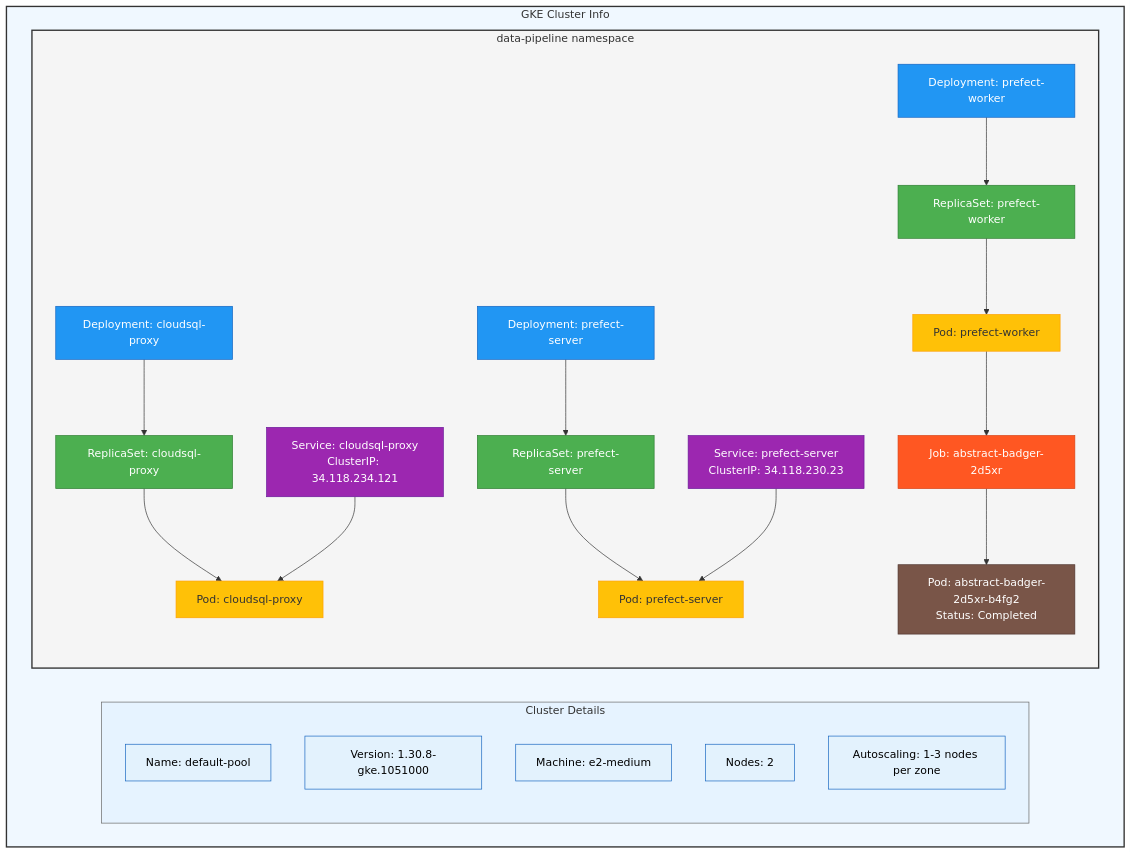
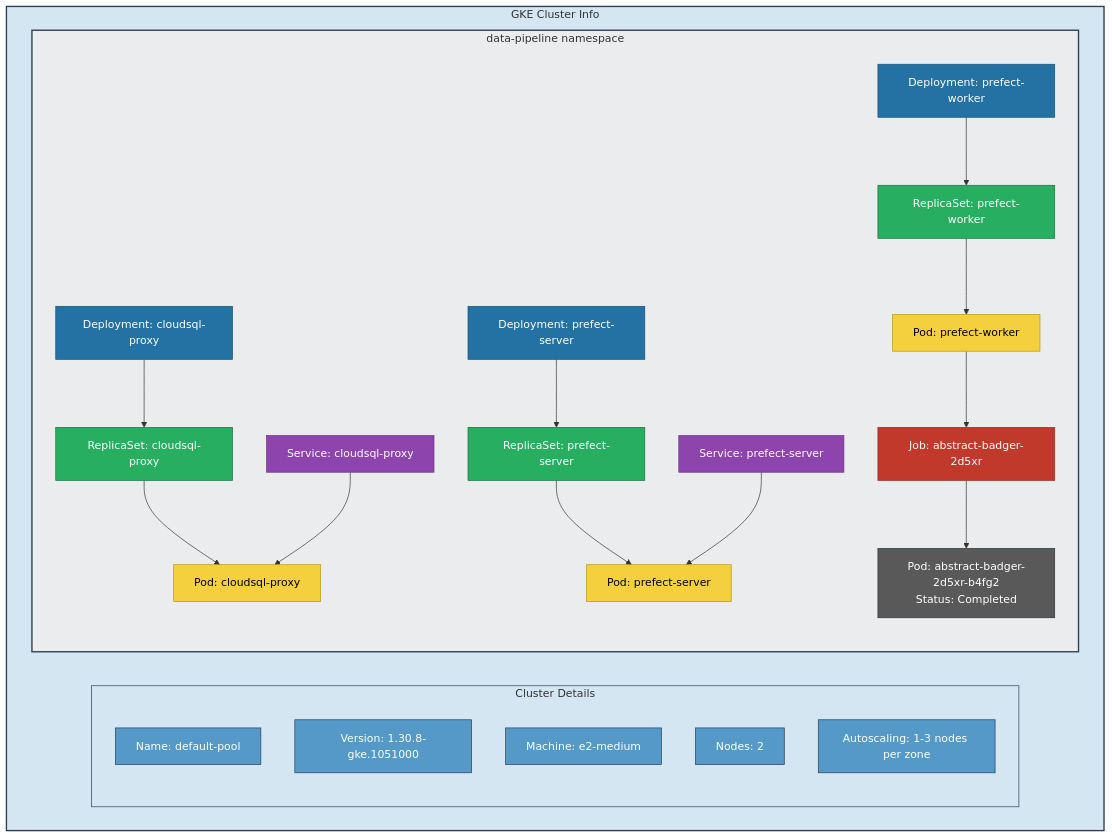
The second of 2 diagrams in pipeline-project/docs/README.md (ero67/Cloud-Computing-Project), drawn with Mermaid before and after one commit.

Commit message:
adjusting colours in diagram

````diff
--- a/pipeline-project/docs/README.md
+++ b/pipeline-project/docs/README.md
@@ -145,44 +145,44 @@
 ```mermaid
 graph TD
-    subgraph GKE-Cluster[GKE Cluster Info]
-        subgraph Cluster-Details[Cluster Details]
-            CN[Name: default-pool]
-            CV[Version: 1.30.8-gke.1051000]
-            CM[Machine: e2-medium]
-            CN2[Nodes: 2]
-            CAS[Autoscaling: 1-3 nodes per zone]
-        end
-        subgraph Namespace[data-pipeline namespace]
-            D1[Deployment: cloudsql-proxy] --> RS1[ReplicaSet: cloudsql-proxy]
-            D2[Deployment: prefect-server] --> RS2[ReplicaSet: prefect-server]
-            D3[Deployment: prefect-worker] --> RS3[ReplicaSet: prefect-worker]
-            RS1 --> P1[Pod: cloudsql-proxy]
-            RS2 --> P2[Pod: prefect-server]
-            RS3 --> P3[Pod: prefect-worker]
-            S1[Service: cloudsql-proxy\nClusterIP: 34.118.234.121] --> P1
-            S2[Service: prefect-server\nClusterIP: 34.118.230.23] --> P2
-            P3 --> J1[Job: abstract-badger-2d5xr]
-            J1 --> FP1[Pod: abstract-badger-2d5xr-b4fg2\nStatus: Completed]
-        end
-    end
+   subgraph GKE-Cluster[GKE Cluster Info]
+       subgraph Cluster-Details[Cluster Details]
+           CN[Name: default-pool]
+           CV[Version: 1.30.8-gke.1051000]
+           CM[Machine: e2-medium]
+           CN2[Nodes: 2]
+           CAS[Autoscaling: 1-3 nodes per zone]
+       end
+       subgraph Namespace[data-pipeline namespace]
+           D1[Deployment: cloudsql-proxy] --> RS1[ReplicaSet: cloudsql-proxy]
+           D2[Deployment: prefect-server] --> RS2[ReplicaSet: prefect-server]
+           D3[Deployment: prefect-worker] --> RS3[ReplicaSet: prefect-worker]
+           RS1 --> P1[Pod: cloudsql-proxy]
+           RS2 --> P2[Pod: prefect-server]
+           RS3 --> P3[Pod: prefect-worker]
+           S1[Service: cloudsql-proxy] --> P1
+           S2[Service: prefect-server] --> P2
+           P3 --> J1[Job: abstract-badger-2d5xr]
+           J1 --> FP1[Pod: abstract-badger-2d5xr-b4fg2\nStatus: Completed]
+       end
+   end
+   style GKE-Cluster fill:#d4e6f1,stroke:#2c3e50,stroke-width:2px
+   style Cluster-Details fill:#d4e6f1,stroke:#2c3e50,stroke-width:1px
+   style Namespace fill:#eaecee,stroke:#2c3e50,stroke-width:2px
 
-    style GKE-Cluster fill:#f0f8ff,stroke:#333,stroke-width:2px
-    style Cluster-Details fill:#e6f3ff,stroke:#666,stroke-width:1px
-    style Namespace fill:#f5f5f5,stroke:#333,stroke-width:2px
+   %% Darker color scheme
+   classDef clusterInfo fill:#5499c7,stroke:#2c3e50,color:white
+   classDef deployment fill:#2471a3,stroke:#1a5276,color:white
+   classDef replicaset fill:#27ae60,stroke:#196f3d,color:white
+   classDef pod fill:#f4d03f,stroke:#b7950b,color:black
+   classDef service fill:#8e44ad,stroke:#6c3483,color:white
+   classDef job fill:#c0392b,stroke:#922b21,color:white
+   classDef completedPod fill:#595959,stroke:#333333,color:white
 
-    classDef clusterInfo fill:#E3F2FD,stroke:#1565C0,color:black
-    classDef deployment fill:#2196F3,stroke:#1565C0,color:white
-    classDef replicaset fill:#4CAF50,stroke:#2E7D32,color:white
-    classDef pod fill:#FFC107,stroke:#FFA000
-    classDef service fill:#9C27B0,stroke:#6A1B9A,color:white
-    classDef job fill:#FF5722,stroke:#D84315,color:white
-    classDef completedPod fill:#795548,stroke:#4E342E,color:white
-
-    class CN,CV,CM,CN2,CAS clusterInfo
-    class D1,D2,D3 deployment
-    class RS1,RS2,RS3 replicaset
-    class P1,P2,P3 pod
-    class S1,S2 service
-    class J1 job
-    class FP1 completedPod
+   class CN,CV,CM,CN2,CAS clusterInfo
+   class D1,D2,D3 deployment
+   class RS1,RS2,RS3 replicaset
+   class P1,P2,P3 pod
+   class S1,S2 service
+   class J1 job
+   class FP1 completedPod
 ```
````
